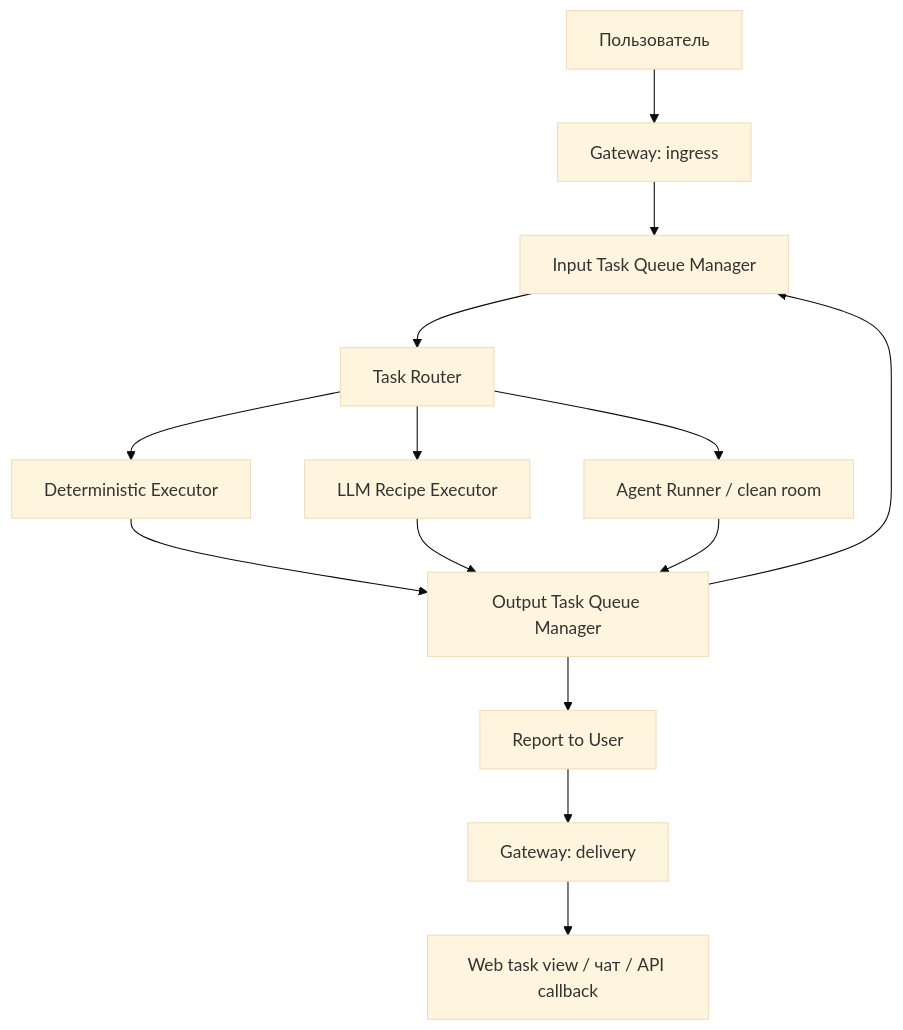
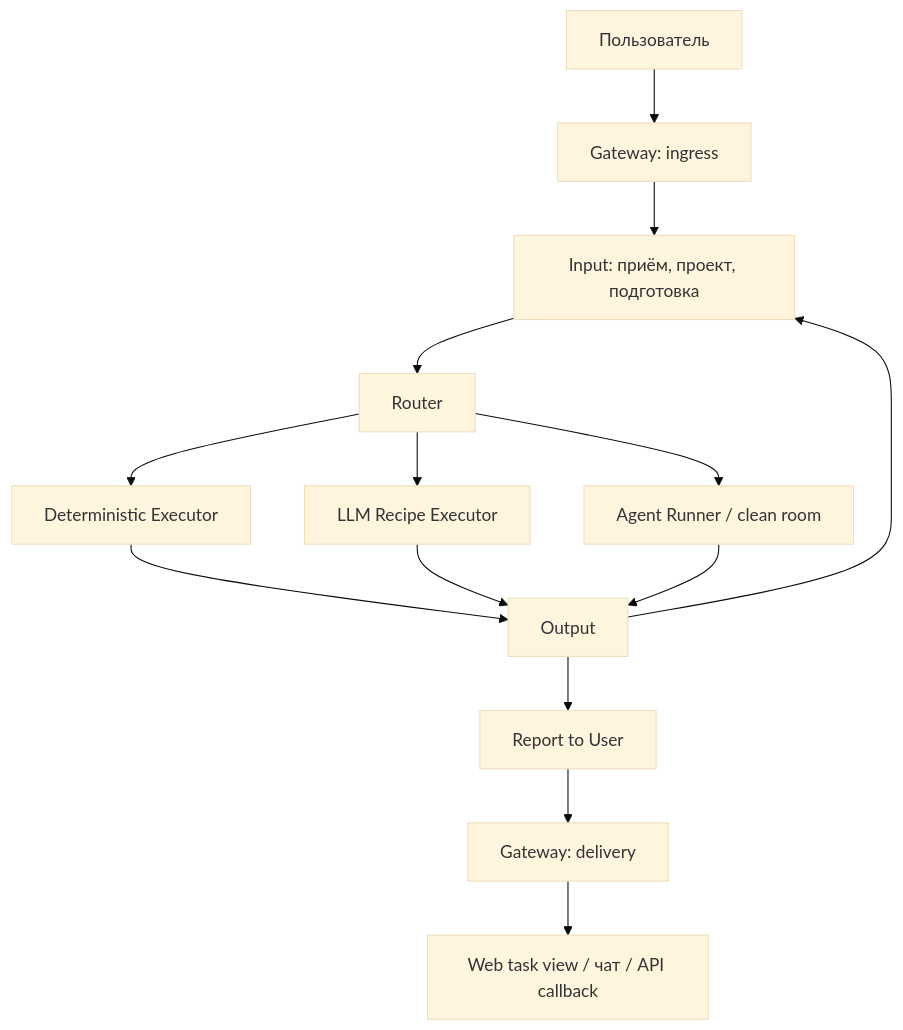
One commit to trained-assist/trained-agent-architecture changed the second of 3 diagrams in ARCHITECTURE.md. Above: the diagram before and after it, drawn with Mermaid (base theme). The commit also changed other lines of this file and 4 other files, not shown here.

First line of the commit message:
docs: ARCHITECTURE v0.7 — Task Store, Workflow Port, разговорная сессия, решения прода

````diff
--- a/ARCHITECTURE.md
+++ b/ARCHITECTURE.md
@@ -46,16 +64,16 @@
 ```mermaid
 flowchart TD
   U["Пользователь"] --> GI["Gateway: ingress"]
-  GI --> I["Input Task Queue Manager"]
-  I --> R["Task Router"]
+  GI --> I["Input: приём, проект, подготовка"]
+  I --> R["Router"]
   R --> D["Deterministic Executor"]
   R --> L["LLM Recipe Executor"]
   R --> A["Agent Runner / clean room"]
-  D --> O["Output Task Queue Manager"]
+  D --> O["Output"]
   L --> O
   A --> O
   O --> P["Report to User"]
   P --> GO["Gateway: delivery"]
   GO --> V["Web task view / чат / API callback"]
   O --> I
 ```
````
